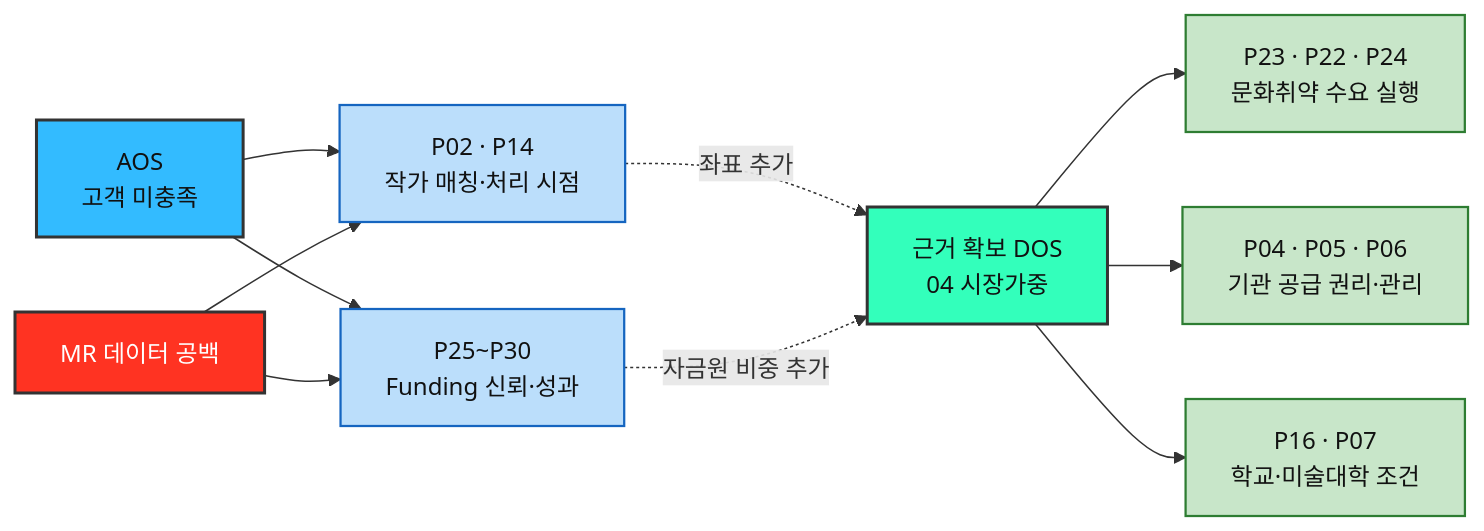
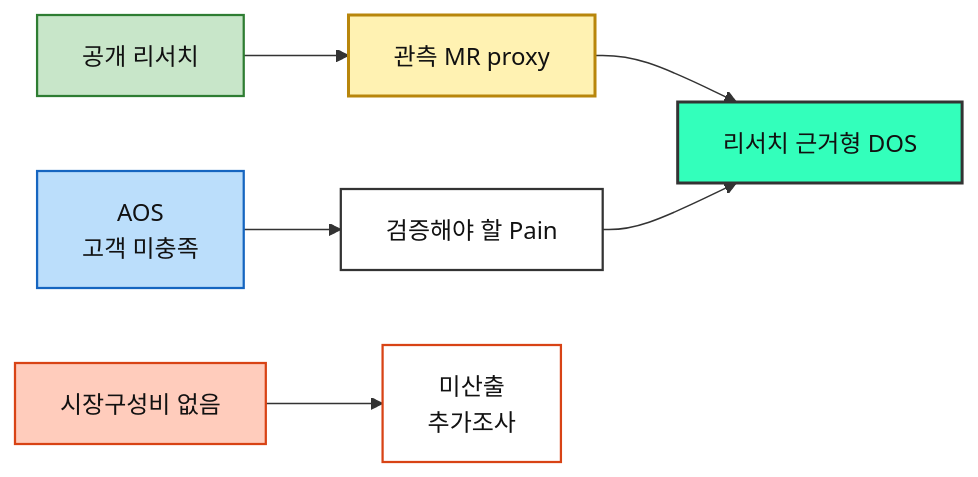
The second of 2 diagrams in 06-opportunity-score/분석-03-예술품-재분배-플랫폼-DOS.md (ahalenin12-art/business_research), drawn with Mermaid before and after one commit. The commit also changed other lines of this file, not shown here.

````diff
--- a/06-opportunity-score/분석-03-예술품-재분배-플랫폼-DOS.md
+++ b/06-opportunity-score/분석-03-예술품-재분배-플랫폼-DOS.md
@@ -298,18 +351,16 @@
 ```mermaid
 flowchart LR
-    AOS["AOS<br>고객 미충족"]:::a --> G1["P02 · P14<br>작가 매칭·처리 시점"]:::x
-    AOS --> G2["P25~P30<br>Funding 신뢰·성과"]:::x
-    DOS["근거 확보 DOS<br>04 시장가중"]:::d --> D1["P23 · P22 · P24<br>문화취약 수요 실행"]:::y
-    DOS --> D2["P04 · P05 · P06<br>기관 공급 권리·관리"]:::y
-    DOS --> D3["P16 · P07<br>학교·미술대학 조건"]:::y
-    GAP["MR 데이터 공백"]:::g --> G1
-    GAP --> G2
-    G1 -.->|"좌표 추가"| DOS
-    G2 -.->|"자금원 비중 추가"| DOS
+    A["AOS<br/>고객 미충족"]:::a --> B["검증해야 할 Pain"]:::b
+    R["공개 리서치"]:::r --> C["관측 MR proxy"]:::c
+    C --> D["리서치 근거형 DOS"]:::d
+    B --> D
+    M["시장구성비 없음"]:::m --> E["미산출<br/>추가조사"]:::e
 
-    classDef a fill:#33BBFF,stroke:#333,stroke-width:2px,color:#111;
+    classDef a fill:#BBDEFB,stroke:#1565C0,stroke-width:1.5px,color:#111;
+    classDef b fill:#FFFFFF,stroke:#333,stroke-width:1.5px,color:#111;
+    classDef r fill:#C8E6C9,stroke:#2E7D32,stroke-width:1.5px,color:#111;
+    classDef c fill:#FFF2B2,stroke:#B8860B,stroke-width:2px,color:#111;
     classDef d fill:#33FFBB,stroke:#333,stroke-width:2px,color:#111;
-    classDef x fill:#BBDEFB,stroke:#1565C0,stroke-width:1.5px,color:#111;
-    classDef y fill:#C8E6C9,stroke:#2E7D32,stroke-width:1.5px,color:#111;
-    classDef g fill:#FF3322,stroke:#333,stroke-width:2px,color:#fff;
+    classDef m fill:#FFCCBC,stroke:#D84315,stroke-width:1.5px,color:#111;
+    classDef e fill:#FFFFFF,stroke:#D84315,stroke-width:1.5px,color:#111;
 ```
````
